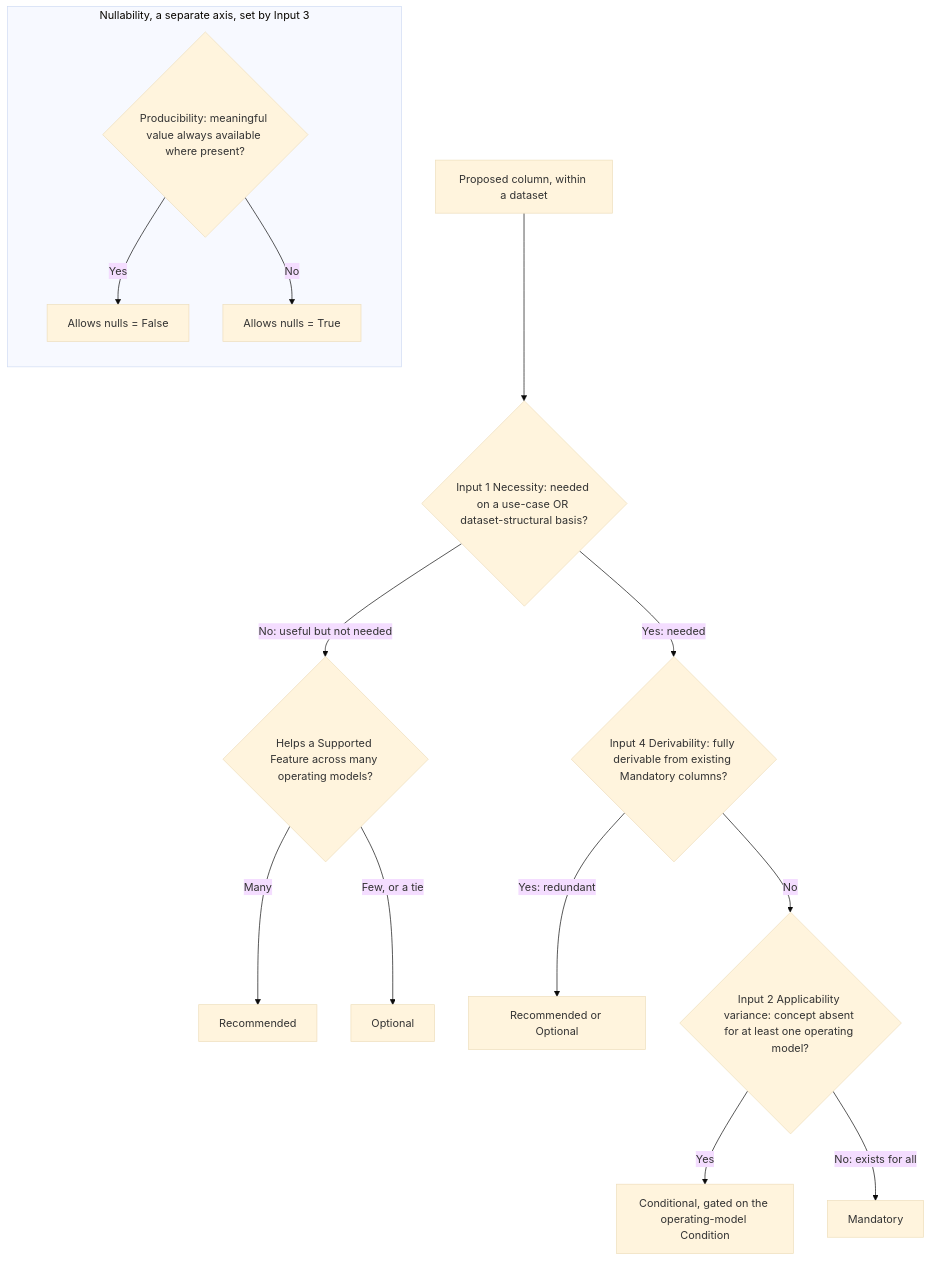
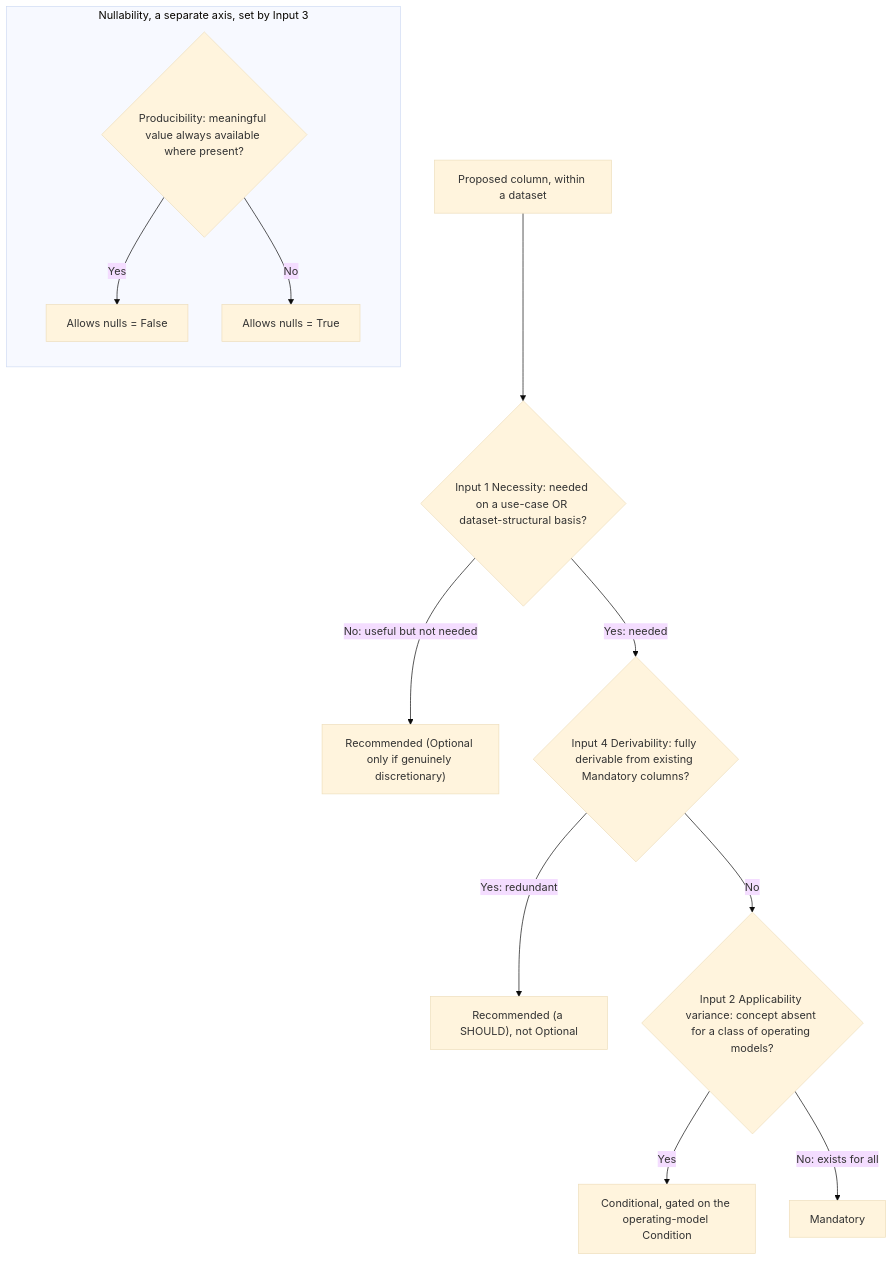
The diagram in guidelines/contributors/feature-level-rubric-guidelines.md (FinOps-Open-Cost-and-Usage-Spec/FOCUS_Spec), drawn with Mermaid (base theme) before and after one commit. The commit also changed other lines of this file, not shown here.

````diff
--- a/guidelines/contributors/feature-level-rubric-guidelines.md
+++ b/guidelines/contributors/feature-level-rubric-guidelines.md
@@ -72,17 +76,15 @@
 ```mermaid
 flowchart TD
     A["Proposed column, within a dataset"] --> B{"Input 1 Necessity: needed on a use-case OR dataset-structural basis?"}
-    B -->|"No: useful but not needed"| C{"Helps a Supported Feature across many operating models?"}
-    C -->|"Many"| R["Recommended"]
-    C -->|"Few, or a tie"| O["Optional"]
+    B -->|"No: useful but not needed"| R["Recommended (Optional only if genuinely discretionary)"]
     B -->|"Yes: needed"| D{"Input 4 Derivability: fully derivable from existing Mandatory columns?"}
-    D -->|"Yes: redundant"| RO["Recommended or Optional"]
-    D -->|"No"| E{"Input 2 Applicability variance: concept absent for at least one operating model?"}
+    D -->|"Yes: redundant"| RO["Recommended (a SHOULD), not Optional"]
+    D -->|"No"| E{"Input 2 Applicability variance: concept absent for a class of operating models?"}
     E -->|"Yes"| CD["Conditional, gated on the operating-model Condition"]
     E -->|"No: exists for all"| M["Mandatory"]
     subgraph NUL["Nullability, a separate axis, set by Input 3"]
         direction TB
         P{"Producibility: meaningful value always available where present?"} -->|"Yes"| NF["Allows nulls = False"]
         P -->|"No"| NT["Allows nulls = True"]
     end
 ```
````
